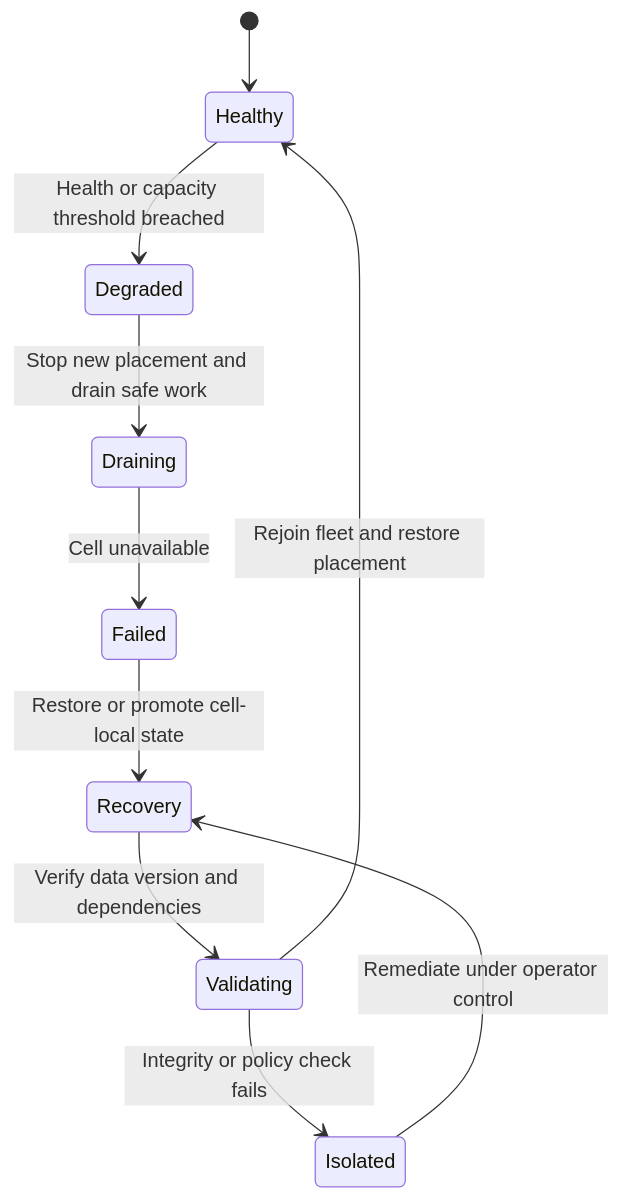
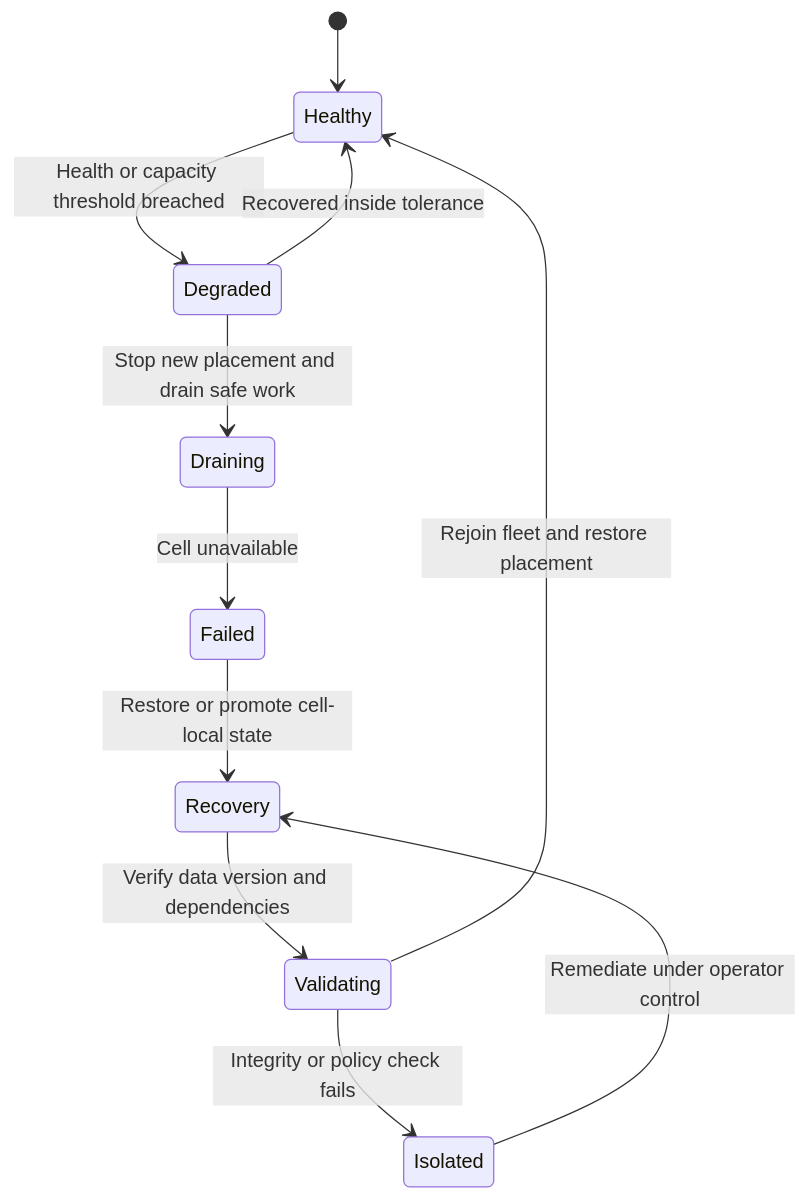
Before and after one commit to joydasss/Architect: the tenth of 12 diagrams in 20_Architecture_Patterns/CH18_Cell_Based_Architecture.md, drawn with Mermaid. The commit also changed other lines of this file and 295 other files, not shown here.

````diff
--- a/20_Architecture_Patterns/CH18_Cell_Based_Architecture.md
+++ b/20_Architecture_Patterns/CH18_Cell_Based_Architecture.md
@@ -78,12 +623,13 @@
 ```mermaid
 stateDiagram-v2
     [*] --> Healthy
     Healthy --> Degraded: Health or capacity threshold breached
     Degraded --> Draining: Stop new placement and drain safe work
+    Degraded --> Healthy: Recovered inside tolerance
     Draining --> Failed: Cell unavailable
     Failed --> Recovery: Restore or promote cell-local state
     Recovery --> Validating: Verify data version and dependencies
     Validating --> Healthy: Rejoin fleet and restore placement
     Validating --> Isolated: Integrity or policy check fails
     Isolated --> Recovery: Remediate under operator control
 ```
````
